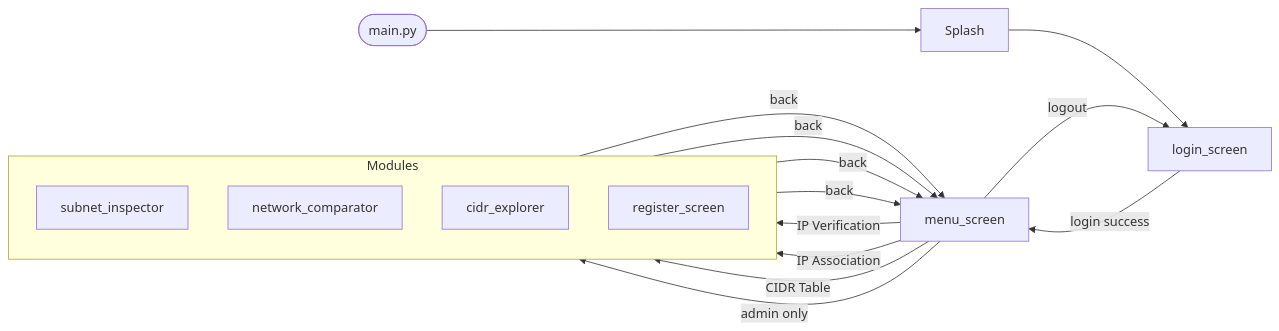
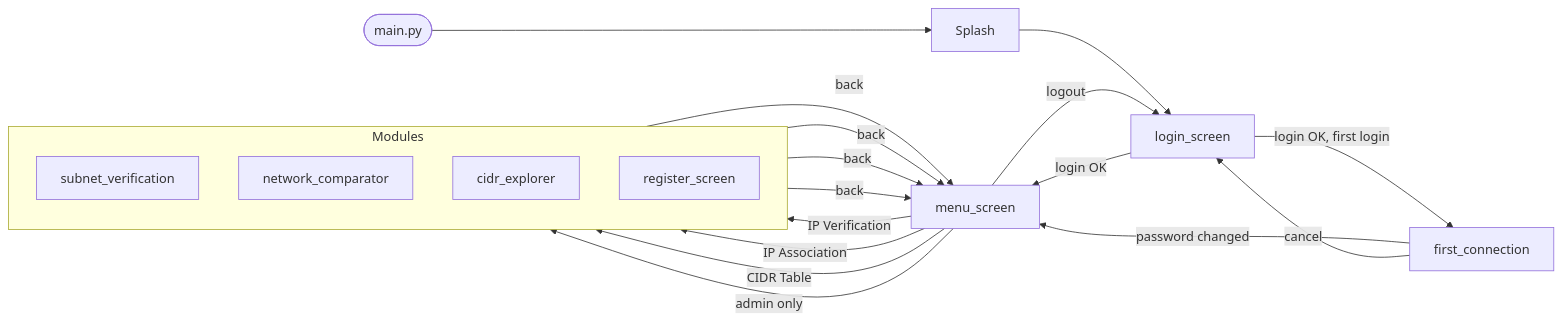
The first of 2 diagrams in README.md (xen0r-star/IpCrypt), drawn with Mermaid before and after one commit. The commit also changed other lines of this file and 2 other files, not shown here.

````diff
--- a/README.md
+++ b/README.md
@@ -104,26 +99,29 @@
 ```mermaid
 flowchart LR
     A([main.py]) --> B[Splash]
     B --> C[login_screen]
 
-    C -->|login success| D[menu_screen]
+    C -->|login OK, first login| FC[first_connection]
+    C -->|login OK| D[menu_screen]
+    FC -->|password changed| D
+    FC -->|cancel| C
     D -->|logout| C
 
     subgraph modules["Modules"]
         direction TB
-        F[subnet_inspector]
+        F[subnet_verification]
         G[network_comparator]
         H[cidr_explorer]
         E[register_screen]
     end
 
     D -->|IP Verification| F
     D -->|IP Association| G
     D -->|CIDR Table| H
     D -->|admin only| E
 
     F -->|back| D
     G -->|back| D
     H -->|back| D
     E -->|back| D
 ```
````
